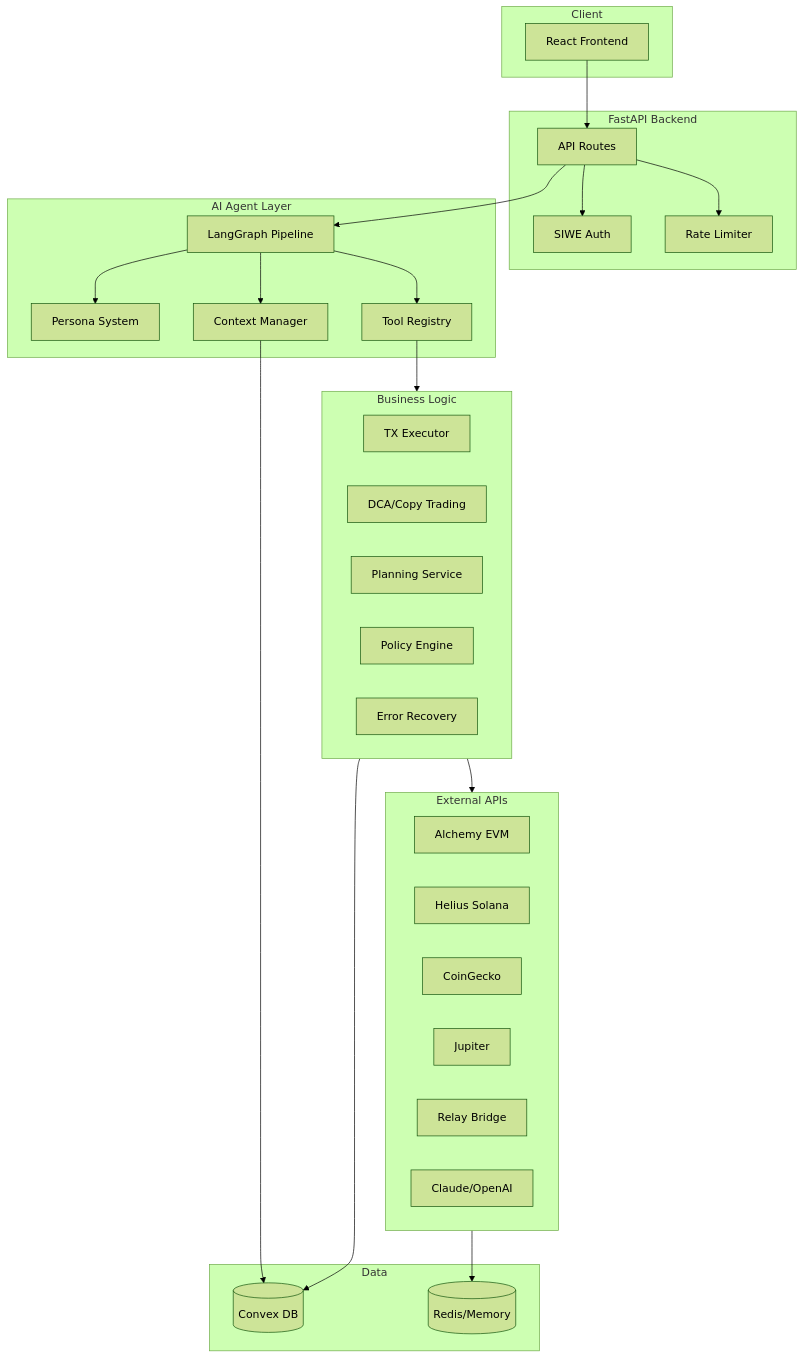
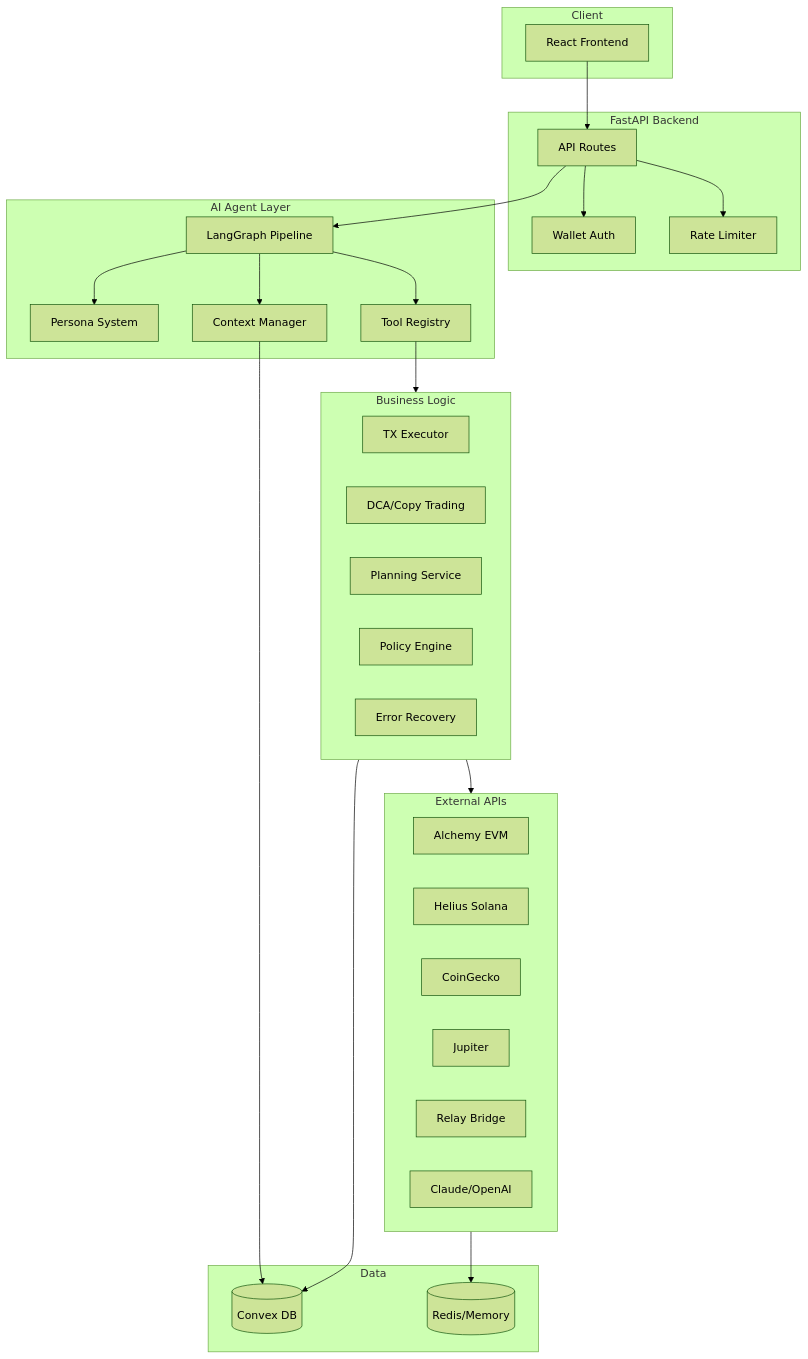
Before and after one commit to bryfeng/sherpa: the first of 3 diagrams in docs/CODEBASE_MAP.md, drawn with Mermaid (forest theme). The commit also changed other lines of this file and 34 other files, not shown here.

````diff
--- a/docs/CODEBASE_MAP.md
+++ b/docs/CODEBASE_MAP.md
@@ -15,54 +15,54 @@
 ```mermaid
 graph TB
     subgraph Client
         Web[React Frontend]
     end
 
     subgraph API["FastAPI Backend"]
         Router[API Routes]
-        Auth[SIWE Auth]
+        Auth[Wallet Auth]
         RateLimit[Rate Limiter]
     end
 
     subgraph Agent["AI Agent Layer"]
         LangGraph[LangGraph Pipeline]
         Personas[Persona System]
         Tools[Tool Registry]
         Context[Context Manager]
     end
 
     subgraph Core["Business Logic"]
         Execution[TX Executor]
         Strategies[DCA/Copy Trading]
         Planning[Planning Service]
         Policy[Policy Engine]
         Recovery[Error Recovery]
     end
 
     subgraph Providers["External APIs"]
         Alchemy[Alchemy EVM]
         Helius[Helius Solana]
         Coingecko[CoinGecko]
         Jupiter[Jupiter]
         Relay[Relay Bridge]
         LLM[Claude/OpenAI]
     end
 
     subgraph Data
         Convex[(Convex DB)]
         Cache[(Redis/Memory)]
     end
 
     Web --> Router
     Router --> Auth
     Router --> RateLimit
     Router --> LangGraph
     LangGraph --> Personas
     LangGraph --> Tools
     LangGraph --> Context
     Tools --> Core
     Core --> Providers
     Core --> Convex
     Context --> Convex
     Providers --> Cache
 ```
````
